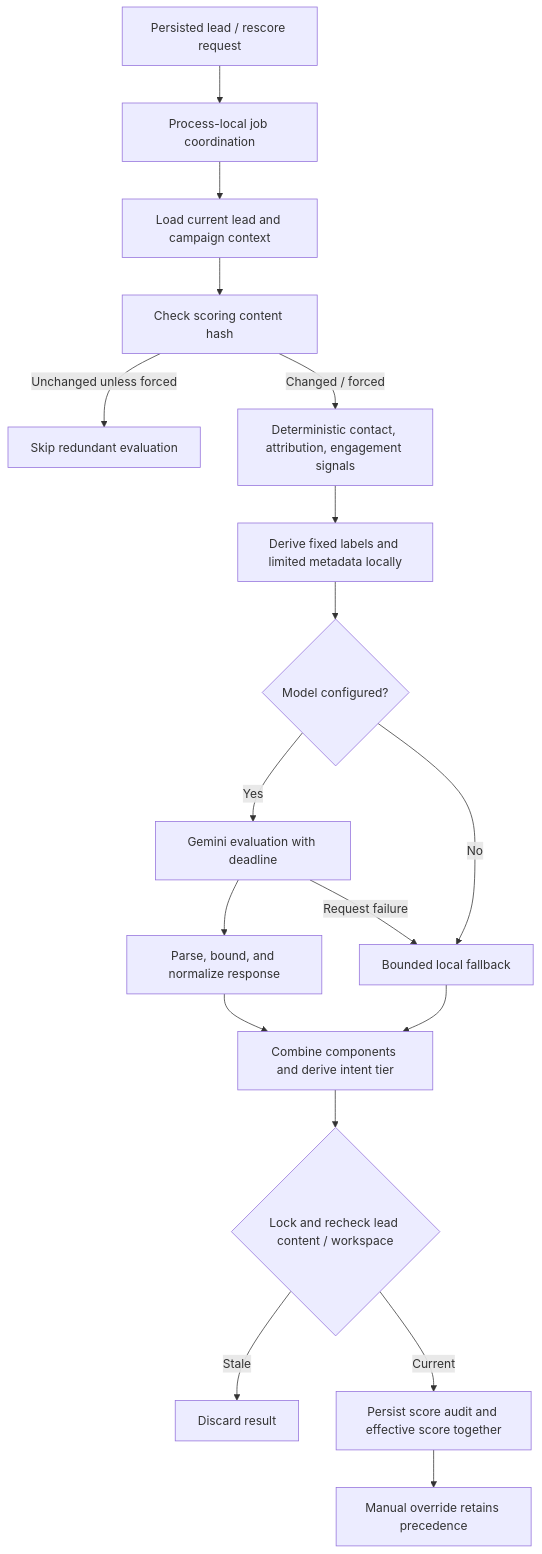
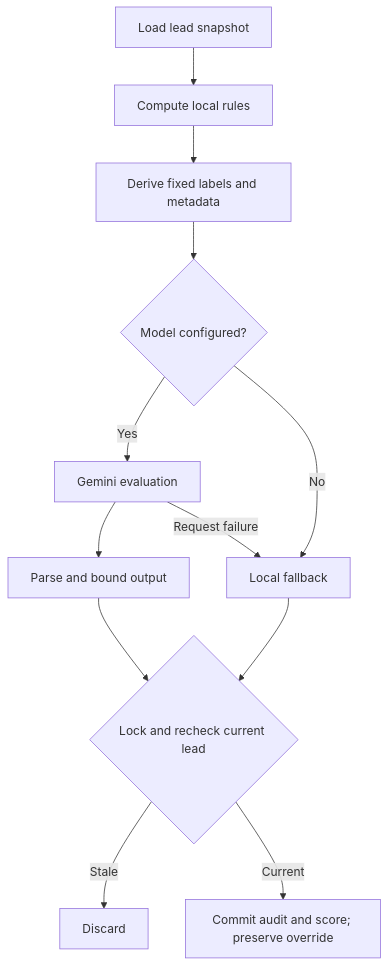
One commit to Zeebotx/LeadFlow-Pro-Portfolio changed the diagram in docs/ai-lead-scoring.md. Above: the diagram before and after it, drawn with Mermaid. The commit also changed other lines of this file and 30 other files, not shown here.

````diff
--- a/docs/ai-lead-scoring.md
+++ b/docs/ai-lead-scoring.md
@@ -13,20 +9,14 @@
 ```mermaid
 flowchart TD
-    Lead["Persisted lead / rescore request"] --> Queue["Process-local job coordination"]
-    Queue --> Load["Load current lead and campaign context"]
-    Load --> Hash["Check scoring content hash"]
-    Hash -->|"Unchanged unless forced"| Skip["Skip redundant evaluation"]
-    Hash -->|"Changed / forced"| Rules["Deterministic contact, attribution, engagement signals"]
-    Rules --> Privacy["Derive fixed labels and limited metadata locally"]
-    Privacy --> Config{"Model configured?"}
-    Config -->|"Yes"| Model["Gemini evaluation with deadline"]
-    Config -->|"No"| Fallback["Bounded local fallback"]
-    Model --> Normalize["Parse, bound, and normalize response"]
+    Lead["Load lead snapshot"] --> Rules["Compute local rules"]
+    Rules --> Labels["Derive fixed labels and metadata"]
+    Labels --> Config{"Model configured?"}
+    Config -->|"Yes"| Model["Gemini evaluation"]
+    Config -->|"No"| Fallback["Local fallback"]
+    Model --> Normalize["Parse and bound output"]
     Model -->|"Request failure"| Fallback
-    Normalize --> Combine["Combine components and derive intent tier"]
-    Fallback --> Combine
-    Combine --> Recheck{"Lock and recheck lead content / workspace"}
-    Recheck -->|"Stale"| Discard["Discard result"]
-    Recheck -->|"Current"| Audit["Persist score audit and effective score together"]
-    Audit --> Override["Manual override retains precedence"]
+    Normalize --> Recheck{"Lock and recheck current lead"}
+    Fallback --> Recheck
+    Recheck -->|"Stale"| Discard["Discard"]
+    Recheck -->|"Current"| Save["Commit audit and score; preserve override"]
 ```
````
